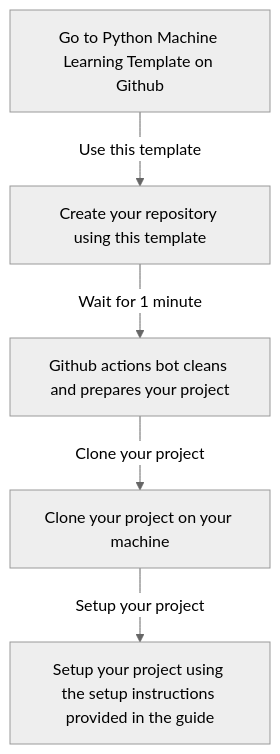
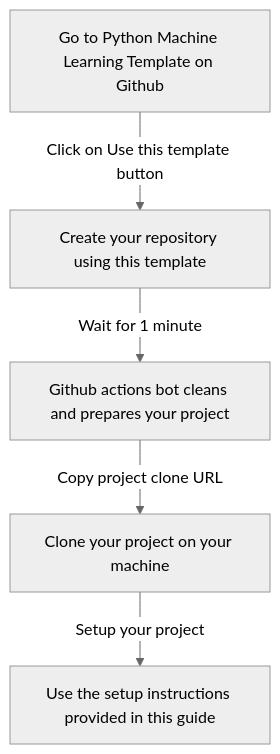
Before and after one commit to anujonthemove/Software-Engineering-Handbook: the diagram in docs/python-machine-learning-template/process-flow.md, drawn with Mermaid (neutral theme). The commit also changed other lines of this file and 2 other files, not shown here.

````diff
--- a/docs/python-machine-learning-template/process-flow.md
+++ b/docs/python-machine-learning-template/process-flow.md
@@ -5,9 +9,9 @@
 ```mermaid
 
 graph TB
-  A["Go to Python Machine Learning Template on Github"] -- "Use this template" --> B["Create your repository using this template"]
+  A["Go to Python Machine Learning Template on Github"] -- "Click on Use this template button" --> B["Create your repository using this template"]
   B -- "Wait for 1 minute" --> C["Github actions bot cleans and prepares your project"]
-  C -- "Clone your project" --> D["Clone your project on your machine"]
-  D -- "Setup your project" --> E["Setup your project using the setup instructions provided in the guide"]
+  C -- "Copy project clone URL" --> D["Clone your project on your machine"]
+  D -- "Setup your project" --> E["Use the setup instructions provided in this guide"]
 
 ```
````
